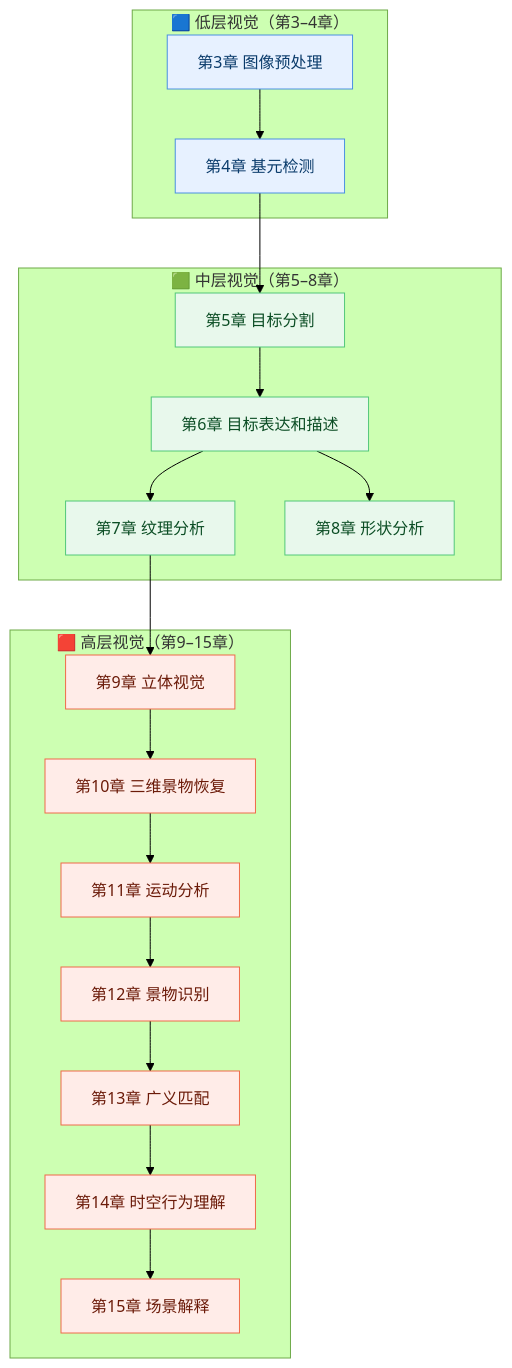
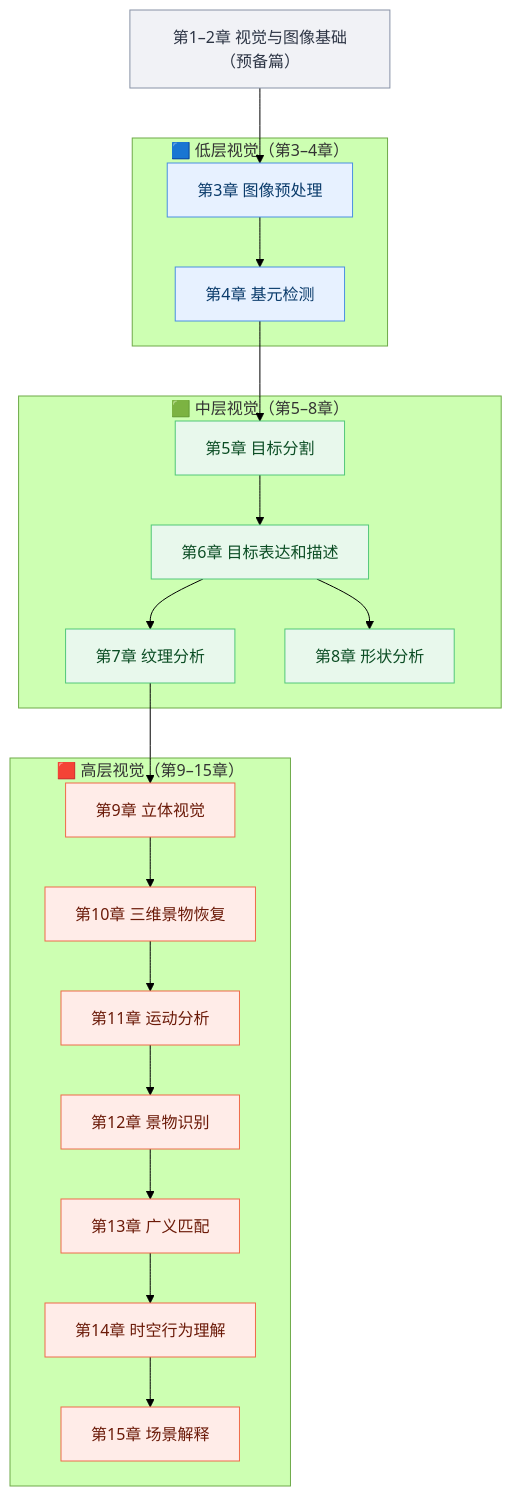
One commit to yejinlei/agent-cv changed the diagram in docs/chapters/index.md. Above: the diagram before and after it, drawn with Mermaid (forest theme). The commit also changed other lines of this file and 24 other files, not shown here.

First line of the commit message:
fix(mermaid): 修复流程图渲染失败与调度竞态；章体系补预备篇

````diff
--- a/docs/chapters/index.md
+++ b/docs/chapters/index.md
@@ -11,32 +13,37 @@
 ```mermaid
 flowchart TB
+  C0["第1–2章 视觉与图像基础（预备篇）"]
+
   subgraph LOW["🟦 低层视觉（第3–4章）"]
     C3["第3章 图像预处理"]
     C4["第4章 基元检测"]
   end
   subgraph MID["🟩 中层视觉（第5–8章）"]
     C5["第5章 目标分割"]
     C6["第6章 目标表达和描述"]
     C7["第7章 纹理分析"]
     C8["第8章 形状分析"]
   end
   subgraph HIGH["🟥 高层视觉（第9–15章）"]
     C9["第9章 立体视觉"]
     C10["第10章 三维景物恢复"]
     C11["第11章 运动分析"]
     C12["第12章 景物识别"]
     C13["第13章 广义匹配"]
     C14["第14章 时空行为理解"]
     C15["第15章 场景解释"]
   end
+  C0 --> C3
   C3 --> C4 --> C5 --> C6 --> C7
   C6 --> C8
   C7 --> C9 --> C10 --> C11 --> C12 --> C13 --> C14 --> C15
 
+  classDef l0 fill:#f1f2f6,stroke:#8892a6,color:#2c3444
   classDef l1 fill:#e7f1ff,stroke:#4a90e2,color:#0a3b6b
   classDef l2 fill:#e8f8ec,stroke:#52c77a,color:#0b4d24
   classDef l3 fill:#ffece8,stroke:#ef6b4a,color:#6b1a08
+  class C0 l0
   class C3,C4 l1
   class C5,C6,C7,C8 l2
   class C9,C10,C11,C12,C13,C14,C15 l3
 ```
````
